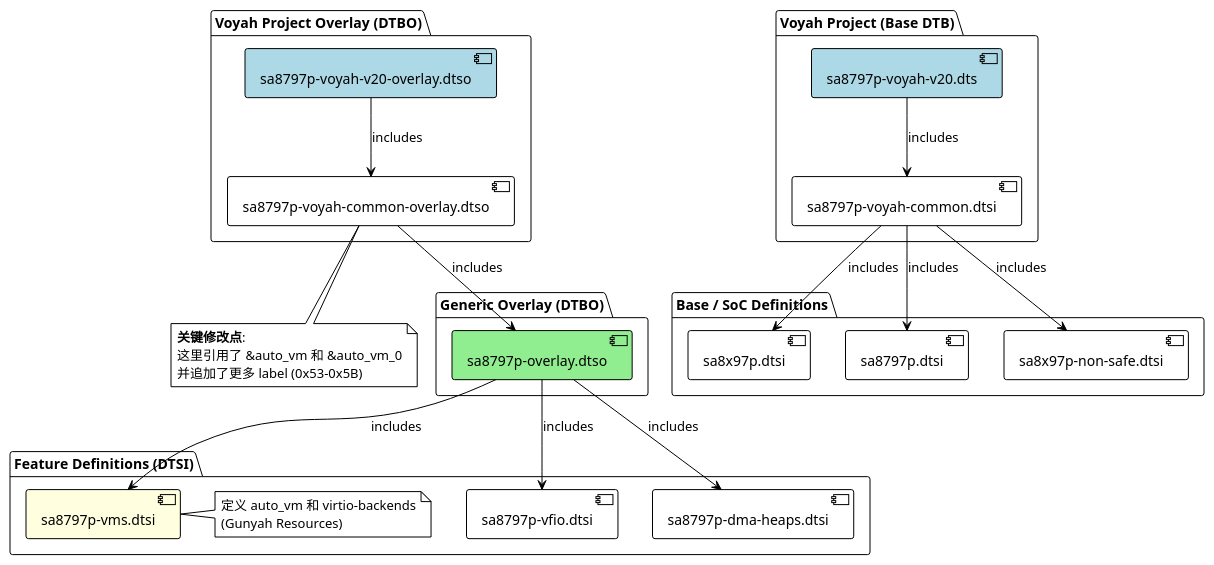
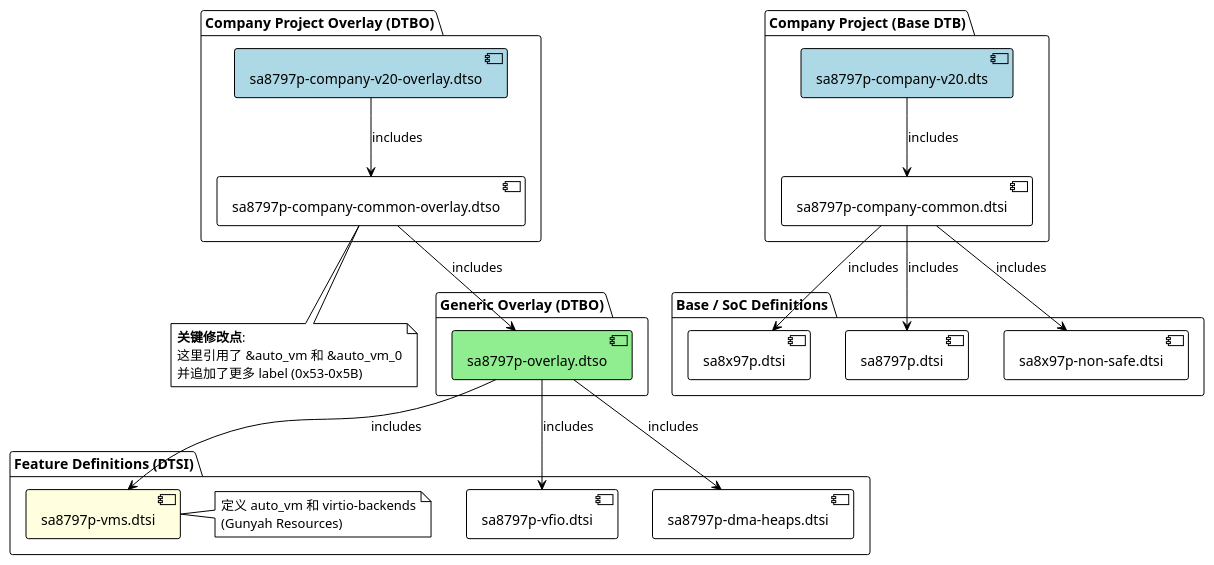
One commit to Ethen-Cao/ethenslab changed the diagram in content/gunyah/gunyah_devicetree.md. Above: the diagram before and after it, drawn with PlantUML. The commit also changed other lines of this file and 38 other files, not shown here.

````diff
--- a/content/gunyah/gunyah_devicetree.md
+++ b/content/gunyah/gunyah_devicetree.md
@@ -150,54 +150,54 @@
 ```plantuml
 @startuml
 !theme plain
 
 package "Base / SoC Definitions" {
     component "sa8x97p.dtsi" as sa8x97p_dtsi
     component "sa8797p.dtsi" as sa8797p_dtsi
     component "sa8x97p-non-safe.dtsi" as nonsafe_dtsi
 }
 
-package "Voyah Project (Base DTB)" {
-    component "sa8797p-voyah-v20.dts" as voyah_v20_dts #LightBlue
-    component "sa8797p-voyah-common.dtsi" as voyah_common_dtsi
+package "Company Project (Base DTB)" {
+    component "sa8797p-company-v20.dts" as company_v20_dts #LightBlue
+    component "sa8797p-company-common.dtsi" as company_common_dtsi
     
-    voyah_v20_dts -down-> voyah_common_dtsi : includes 
-    voyah_common_dtsi -down-> sa8x97p_dtsi : includes 
-    voyah_common_dtsi -down-> sa8797p_dtsi : includes 
-    voyah_common_dtsi -down-> nonsafe_dtsi : includes 
+    company_v20_dts -down-> company_common_dtsi : includes 
+    company_common_dtsi -down-> sa8x97p_dtsi : includes 
+    company_common_dtsi -down-> sa8797p_dtsi : includes 
+    company_common_dtsi -down-> nonsafe_dtsi : includes 
 }
 
 package "Feature Definitions (DTSI)" {
     component "sa8797p-vms.dtsi" as vms_dtsi #LightYellow
     note right of vms_dtsi
       定义 auto_vm 和 virtio-backends
       (Gunyah Resources)
     end note
     component "sa8797p-vfio.dtsi" as vfio_dtsi
     component "sa8797p-dma-heaps.dtsi" as heaps_dtsi
 }
 
 package "Generic Overlay (DTBO)" {
     component "sa8797p-overlay.dtso" as overlay_dtso #LightGreen
     
     overlay_dtso -down-> vms_dtsi : includes 
     overlay_dtso -down-> vfio_dtsi : includes 
     overlay_dtso -down-> heaps_dtsi : includes 
 }
 
-package "Voyah Project Overlay (DTBO)" {
-    component "sa8797p-voyah-v20-overlay.dtso" as voyah_v20_overlay #LightBlue
-    component "sa8797p-voyah-common-overlay.dtso" as voyah_common_overlay
+package "Company Project Overlay (DTBO)" {
+    component "sa8797p-company-v20-overlay.dtso" as company_v20_overlay #LightBlue
+    component "sa8797p-company-common-overlay.dtso" as company_common_overlay
     
-    voyah_v20_overlay -down-> voyah_common_overlay : includes 
-    voyah_common_overlay -down-> overlay_dtso : includes 
+    company_v20_overlay -down-> company_common_overlay : includes 
+    company_common_overlay -down-> overlay_dtso : includes 
 }
 
-note bottom of voyah_common_overlay
+note bottom of company_common_overlay
   **关键修改点**:
   这里引用了 &auto_vm 和 &auto_vm_0
   并追加了更多 label (0x53-0x5B) 
 end note
 
 @enduml
 ```
````
